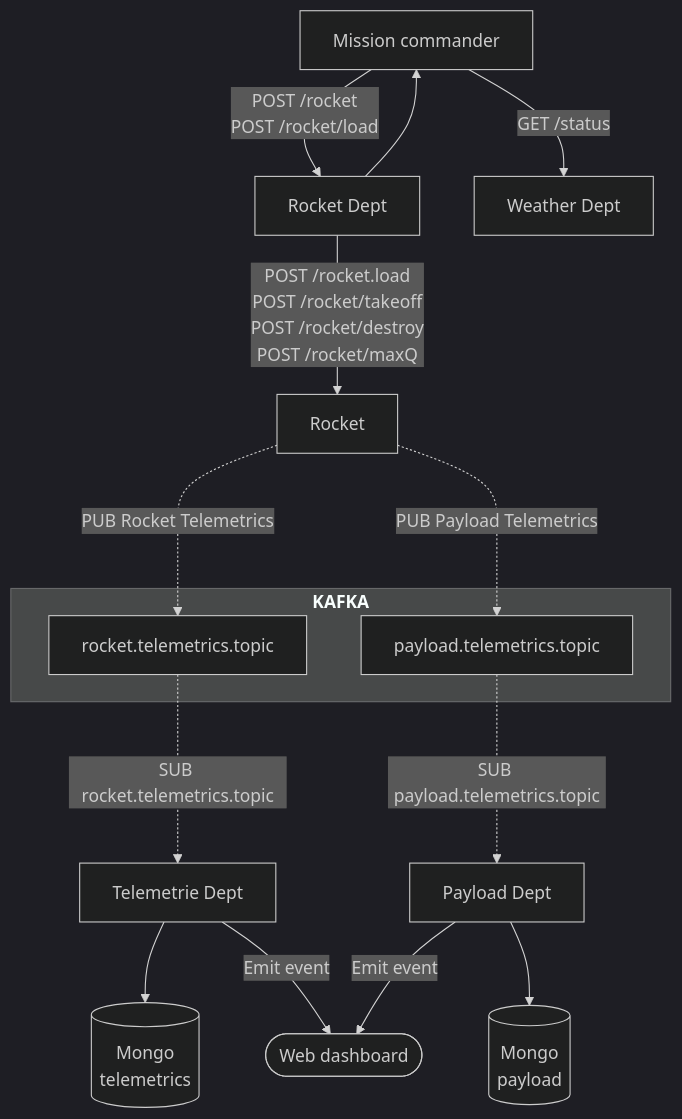
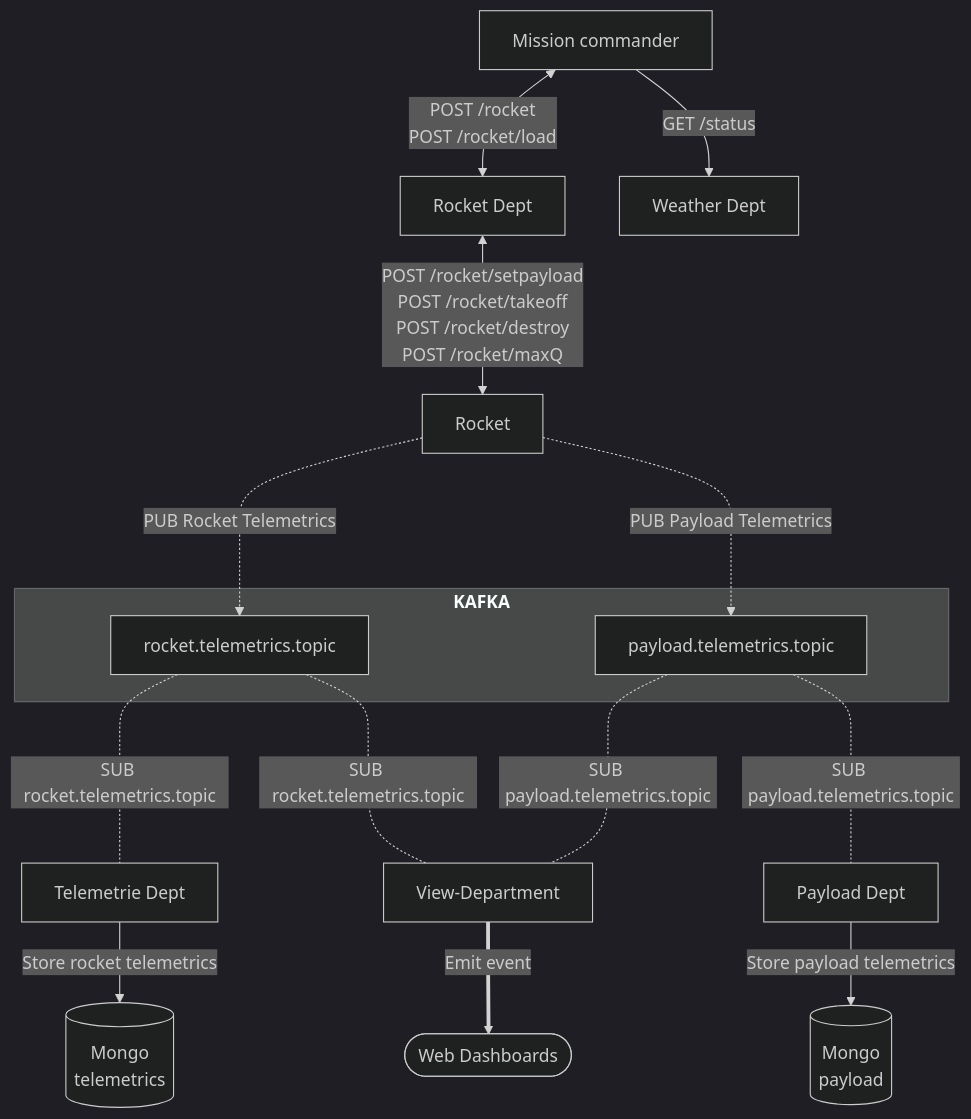
One commit to pns-si5-al-course/soa-marsy-marsy-23-24-team-f changed the diagram in Kafka.mermaid. Above: the diagram before and after it, drawn with Mermaid (dark theme).

Commit message:
new diagram

```diff
--- a/Kafka.mermaid
+++ b/Kafka.mermaid
@@ -2,28 +2,32 @@
 <div class="mermaid">
 
 flowchart TD
     A[Rocket] -..->|PUB Rocket Telemetrics| rocket.telemetrics.topic
     A -..-> |PUB Payload Telemetrics| payload.telemetrics.topic
 
     subgraph "`**KAFKA**`"
     rocket.telemetrics.topic
     payload.telemetrics.topic
     end
 
-    rocket.telemetrics.topic -..-> |SUB rocket.telemetrics.topic| G
-    payload.telemetrics.topic -..-> |SUB payload.telemetrics.topic| H
-    G[Telemetrie Dept] --> L[(Mongo\n telemetrics)]
-    H[Payload Dept]  --> M[(Mongo\n payload)]
-    G --> |Emit event| C([Web dashboard])
-    H --> |Emit event| C
+    rocket.telemetrics.topic -..- |SUB rocket.telemetrics.topic| G
+    payload.telemetrics.topic -..- |SUB payload.telemetrics.topic| H
+
+    rocket.telemetrics.topic -..- |SUB rocket.telemetrics.topic| View-Department
+    payload.telemetrics.topic -..- |SUB payload.telemetrics.topic| View-Department
+
+    View-Department ==> |Emit event| C([Web Dashboards])
+
+    G[Telemetrie Dept] -->|Store rocket telemetrics| L[(Mongo\n telemetrics)]
+    H[Payload Dept]  --> |Store payload telemetrics|M[(Mongo\n payload)]
 
 
-    I[Mission commander] --> |POST /rocket\n POST /rocket/load| J
+    I[Mission commander] <--> |POST /rocket\n POST /rocket/load| J
 
-    J[Rocket Dept] --> |POST /rocket.load\n POST /rocket/takeoff\n POST /rocket/destroy\n POST /rocket/maxQ| A
-    J[Rocket Dept] --> I
+    J[Rocket Dept] <--> |POST /rocket/setpayload\n POST /rocket/takeoff\n POST /rocket/destroy\n POST /rocket/maxQ| A
+
 
     I --> |GET /status| K[Weather Dept]
 
 
 </div>
```
